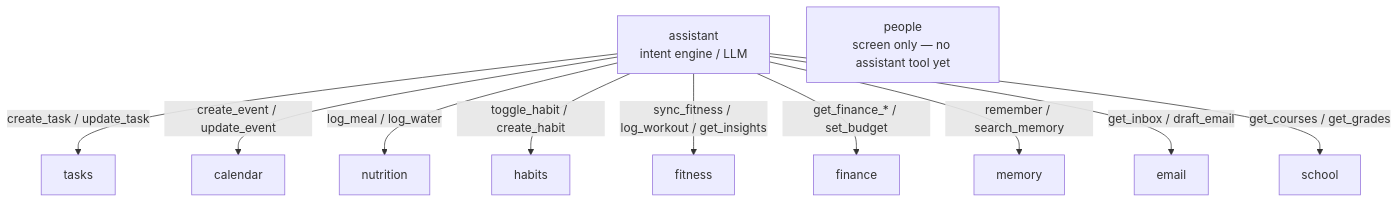
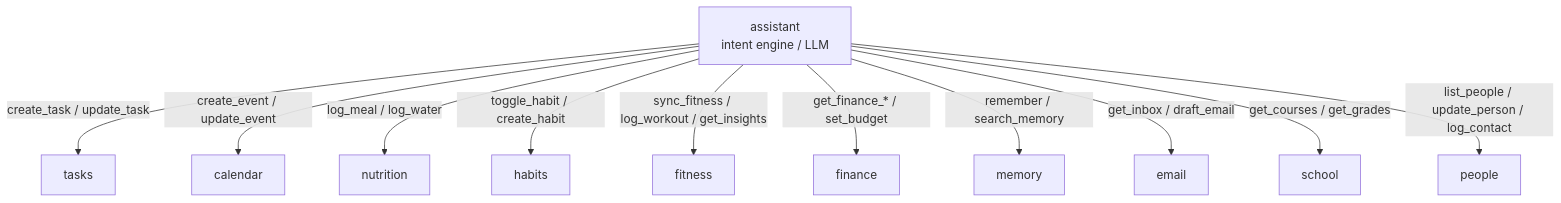
One commit to daschempp/ScuffedOS changed the second of 3 diagrams in docs/backend-overview.md. Above: the diagram before and after it, drawn with Mermaid. The commit also changed other lines of this file and 5 other files, not shown here.

First line of the commit message:
feat(people): give the assistant a People/CRM tool surface

````diff
--- a/docs/backend-overview.md
+++ b/docs/backend-overview.md
@@ -103,14 +103,14 @@
 ```mermaid
 flowchart TD
     A["assistant<br/>intent engine / LLM"]
     A -->|"create_task / update_task"| T["tasks"]
     A -->|"create_event / update_event"| C["calendar"]
     A -->|"log_meal / log_water"| N["nutrition"]
     A -->|"toggle_habit / create_habit"| H["habits"]
     A -->|"sync_fitness / log_workout / get_insights"| Fi["fitness"]
     A -->|"get_finance_* / set_budget"| F["finance"]
     A -->|"remember / search_memory"| M["memory"]
     A -->|"get_inbox / draft_email"| E["email"]
     A -->|"get_courses / get_grades"| Sc["school"]
-    P["people<br/>screen only — no assistant tool yet"]
+    A -->|"list_people / update_person / log_contact"| P["people"]
 ```
````
